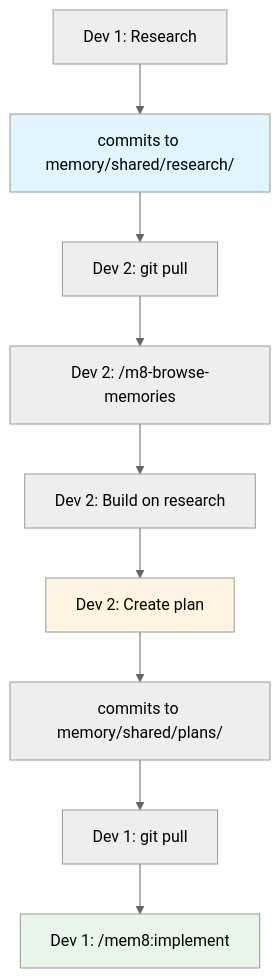
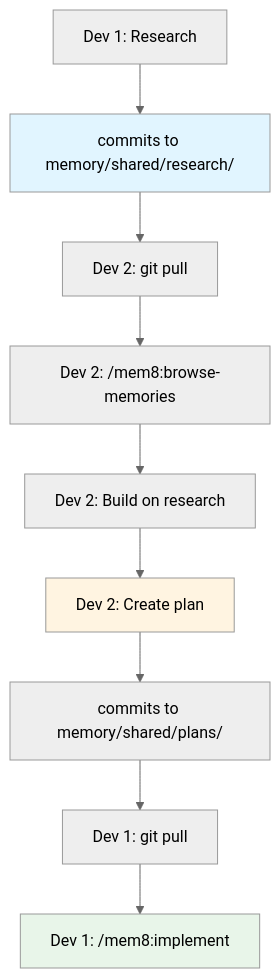
One commit to killerapp/mem8 changed the first of 10 diagrams in documentation/docs/workflows/advanced.md. Above: the diagram before and after it, drawn with Mermaid (neutral theme). The commit also changed 10 other files, not shown here.

First line of the commit message:
docs: update namespace to /mem8: and simplify installation flow

````diff
--- a/documentation/docs/workflows/advanced.md
+++ b/documentation/docs/workflows/advanced.md
@@ -9,15 +9,15 @@
 ```mermaid
 graph TB
     A[Dev 1: Research] --> B[commits to memory/shared/research/]
     B --> C[Dev 2: git pull]
-    C --> D[Dev 2: /m8-browse-memories]
+    C --> D[Dev 2: /mem8:browse-memories]
     D --> E[Dev 2: Build on research]
     E --> F[Dev 2: Create plan]
     F --> G[commits to memory/shared/plans/]
     G --> H[Dev 1: git pull]
     H --> I[Dev 1: /mem8:implement]
 
     style B fill:#e1f5ff
     style F fill:#fff4e1
     style I fill:#e8f5e9
 ```
````
